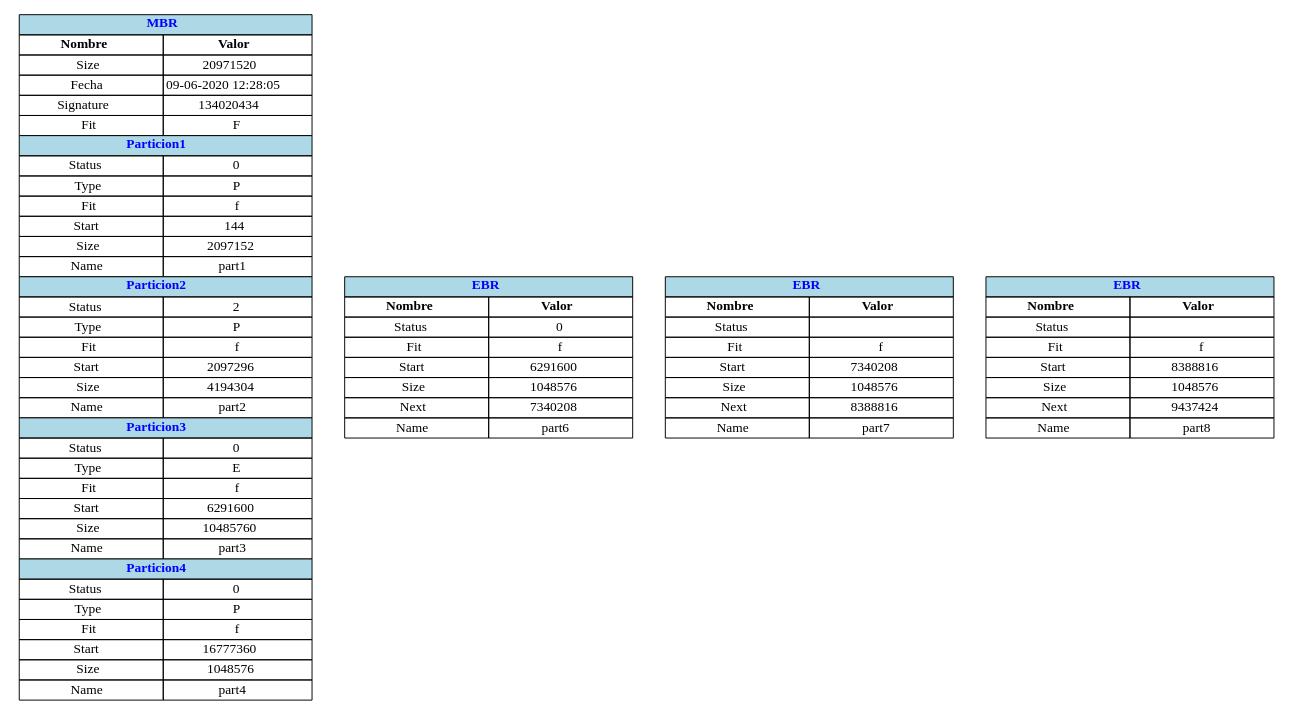
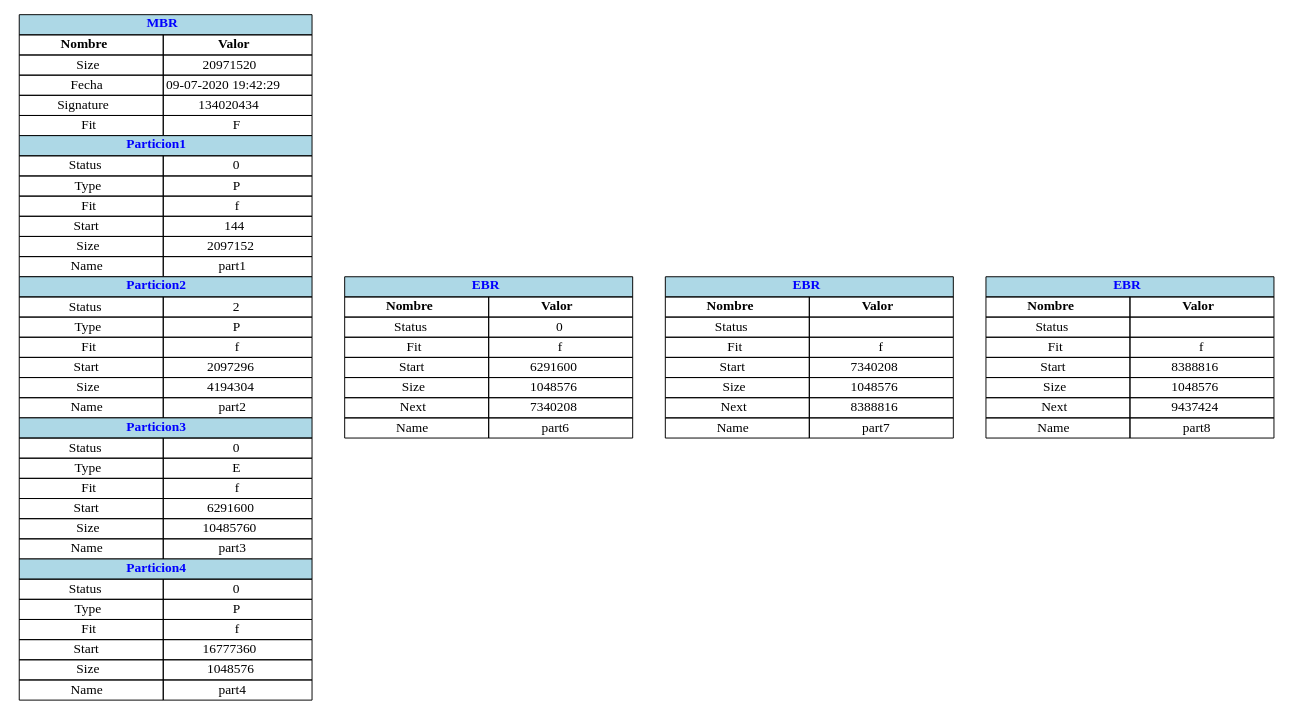
Before and after one commit to xJosee/SistemaArchivos: the diagram in Reportes/graficaEBR.dot, drawn with Graphviz. The commit also changed 8 other files, not shown here.

```diff
--- a/Reportes/graficaEBR.dot
+++ b/Reportes/graficaEBR.dot
@@ -1,80 +1,80 @@
 digraph G{ 
 node [shape=plaintext]
 tbl[
 label=<
 <table border='0' cellborder='1' cellspacing='0' width='300'  height='200' >
  <tr ><td colspan='2' bgcolor= 'lightblue' ><b><font color='blue'>MBR</font></b></td></tr><tr>  <td width='150'> <b>Nombre</b> </td> <td width='150'> <b>Valor</b> </td>  </tr>
 <tr>  <td>Size</td><td>20971520</td>  </tr>
-<tr>  <td>Fecha</td> <td>09-06-2020 12:28:05</td>  </tr>
+<tr>  <td>Fecha</td> <td>09-07-2020 19:42:29</td>  </tr>
 <tr>  <td>Signature</td> <td>134020434</td>  </tr>
 <tr>  <td>Fit</td> <td>F</td>  </tr>
 <tr ><td colspan='2' bgcolor= 'lightblue' ><b><font color='blue'>Particion1</font></b></td></tr>
 <tr>  <td>Status</td> <td>0</td>  </tr>
 <tr>  <td>Type</td> <td>P</td>  </tr>
 <tr>  <td>Fit</td> <td>f</td>  </tr>
 <tr>  <td>Start</td> <td>144</td>  </tr>
 <tr>  <td>Size</td> <td>2097152</td>  </tr>
 <tr>  <td>Name</td> <td>part1</td>  </tr>
 <tr ><td colspan='2' bgcolor= 'lightblue' ><b><font color='blue'>Particion2</font></b></td></tr>
 <tr>  <td>Status</td> <td>2</td>  </tr>
 <tr>  <td>Type</td> <td>P</td>  </tr>
 <tr>  <td>Fit</td> <td>f</td>  </tr>
 <tr>  <td>Start</td> <td>2097296</td>  </tr>
 <tr>  <td>Size</td> <td>4194304</td>  </tr>
 <tr>  <td>Name</td> <td>part2</td>  </tr>
 <tr ><td colspan='2' bgcolor= 'lightblue' ><b><font color='blue'>Particion3</font></b></td></tr>
 <tr>  <td>Status</td> <td>0</td>  </tr>
 <tr>  <td>Type</td> <td>E</td>  </tr>
 <tr>  <td>Fit</td> <td>f</td>  </tr>
 <tr>  <td>Start</td> <td>6291600</td>  </tr>
 <tr>  <td>Size</td> <td>10485760</td>  </tr>
 <tr>  <td>Name</td> <td>part3</td>  </tr>
 <tr ><td colspan='2' bgcolor= 'lightblue' ><b><font color='blue'>Particion4</font></b></td></tr>
 <tr>  <td>Status</td> <td>0</td>  </tr>
 <tr>  <td>Type</td> <td>P</td>  </tr>
 <tr>  <td>Fit</td> <td>f</td>  </tr>
 <tr>  <td>Start</td> <td>16777360</td>  </tr>
 <tr>  <td>Size</td> <td>1048576</td>  </tr>
 <tr>  <td>Name</td> <td>part4</td>  </tr>
 </table>
 >];
 
 tbl_1[
 label=<
  <table border='0' cellborder='1' cellspacing='0'  width='300' height='160' >
  <tr ><td colspan='2' bgcolor= 'lightblue' ><b><font color='blue'>EBR</font></b></td></tr><tr ><td width='150'><b>Nombre</b></td> <td width='150'><b>Valor</b></td>  </tr>
 <tr>  <td>Status</td> <td>0</td>  </tr>
 <tr>  <td>Fit</td> <td>f</td>  </tr>
 <tr>  <td>Start</td> <td>6291600</td>  </tr>
 <tr>  <td>Size</td> <td>1048576</td>  </tr>
 <tr>  <td>Next</td> <td>7340208</td>  </tr>
 <tr>  <td>Name</td> <td>part6</td>  </tr>
 </table>
 >];
 
 tbl_2[
 label=<
  <table border='0' cellborder='1' cellspacing='0'  width='300' height='160' >
  <tr ><td colspan='2' bgcolor= 'lightblue' ><b><font color='blue'>EBR</font></b></td></tr><tr ><td width='150'><b>Nombre</b></td> <td width='150'><b>Valor</b></td>  </tr>
 <tr>  <td>Status</td> <td></td>  </tr>
 <tr>  <td>Fit</td> <td>f</td>  </tr>
 <tr>  <td>Start</td> <td>7340208</td>  </tr>
 <tr>  <td>Size</td> <td>1048576</td>  </tr>
 <tr>  <td>Next</td> <td>8388816</td>  </tr>
 <tr>  <td>Name</td> <td>part7</td>  </tr>
 </table>
 >];
 
 tbl_3[
 label=<
  <table border='0' cellborder='1' cellspacing='0'  width='300' height='160' >
  <tr ><td colspan='2' bgcolor= 'lightblue' ><b><font color='blue'>EBR</font></b></td></tr><tr ><td width='150'><b>Nombre</b></td> <td width='150'><b>Valor</b></td>  </tr>
 <tr>  <td>Status</td> <td></td>  </tr>
 <tr>  <td>Fit</td> <td>f</td>  </tr>
 <tr>  <td>Start</td> <td>8388816</td>  </tr>
 <tr>  <td>Size</td> <td>1048576</td>  </tr>
 <tr>  <td>Next</td> <td>9437424</td>  </tr>
 <tr>  <td>Name</td> <td>part8</td>  </tr>
 </table>
 >];
 }
```
